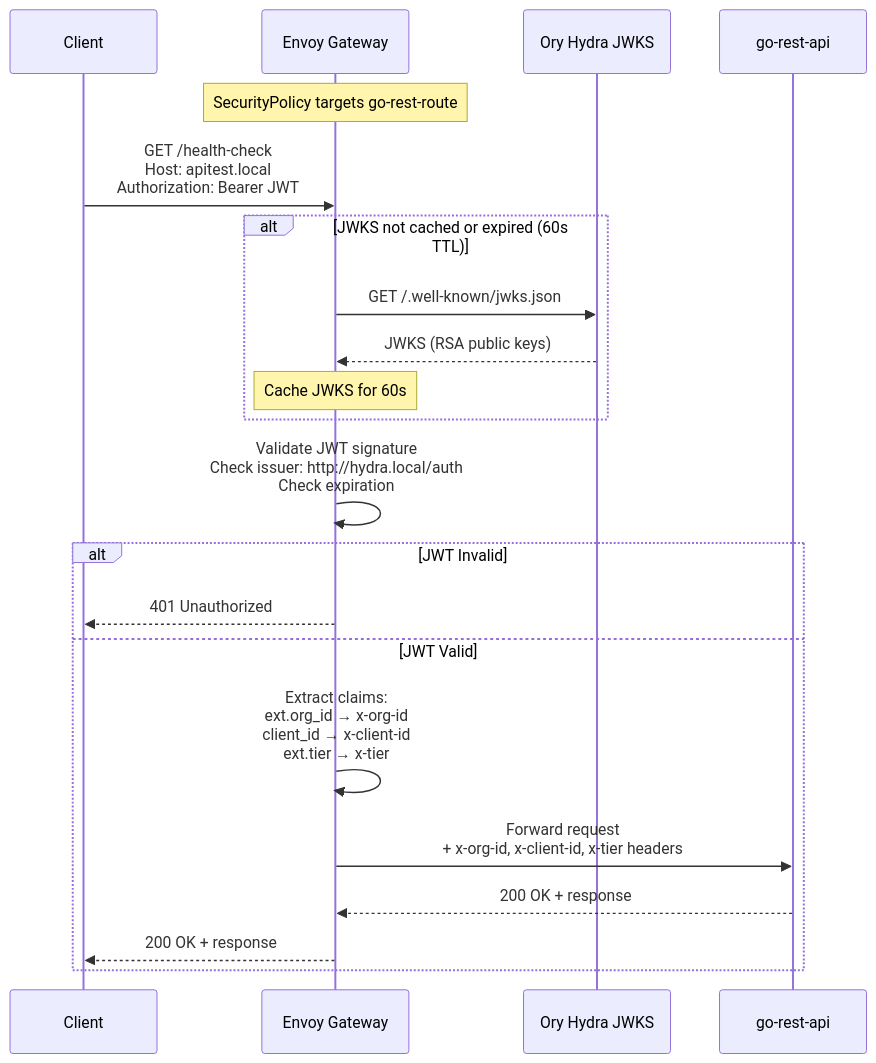
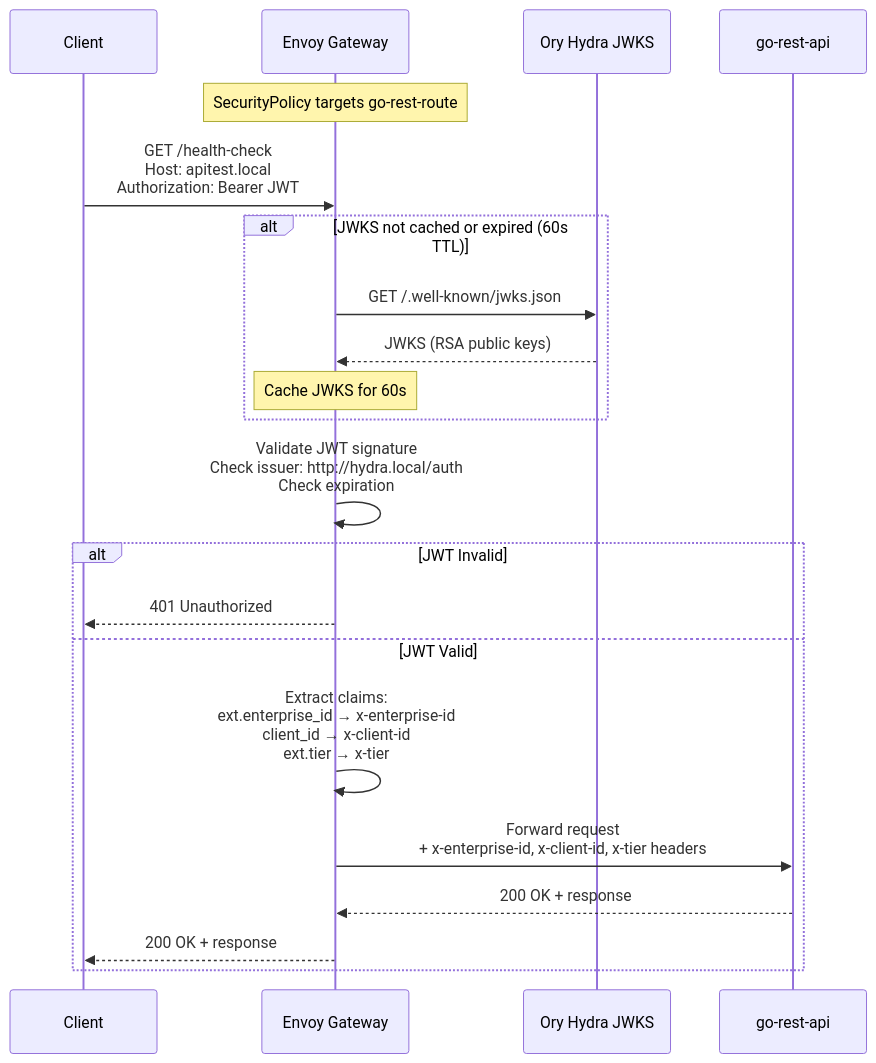
The fourth of 4 diagrams in requirements/demo-gateway-requirements.md (sam-bercovici/test-apisix), drawn with Mermaid before and after one commit. The commit also changed other lines of this file and 30 other files, not shown here.

````diff
--- a/requirements/demo-gateway-requirements.md
+++ b/requirements/demo-gateway-requirements.md
@@ -412,28 +412,28 @@
 ```mermaid
 sequenceDiagram
     participant Client
     participant Gateway as Envoy Gateway
     participant Hydra as Ory Hydra JWKS
     participant Backend as go-rest-api
 
     Note over Gateway: SecurityPolicy targets go-rest-route
 
     Client->>Gateway: GET /health-check<br/>Host: apitest.local<br/>Authorization: Bearer JWT
 
     alt JWKS not cached or expired (60s TTL)
         Gateway->>Hydra: GET /.well-known/jwks.json
         Hydra-->>Gateway: JWKS (RSA public keys)
         Note over Gateway: Cache JWKS for 60s
     end
 
     Gateway->>Gateway: Validate JWT signature<br/>Check issuer: http://hydra.local/auth<br/>Check expiration
 
     alt JWT Invalid
         Gateway-->>Client: 401 Unauthorized
     else JWT Valid
-        Gateway->>Gateway: Extract claims:<br/>ext.org_id → x-org-id<br/>client_id → x-client-id<br/>ext.tier → x-tier
-        Gateway->>Backend: Forward request<br/>+ x-org-id, x-client-id, x-tier headers
+        Gateway->>Gateway: Extract claims:<br/>ext.enterprise_id → x-enterprise-id<br/>client_id → x-client-id<br/>ext.tier → x-tier
+        Gateway->>Backend: Forward request<br/>+ x-enterprise-id, x-client-id, x-tier headers
         Backend-->>Gateway: 200 OK + response
         Gateway-->>Client: 200 OK + response
     end
 ```
````
